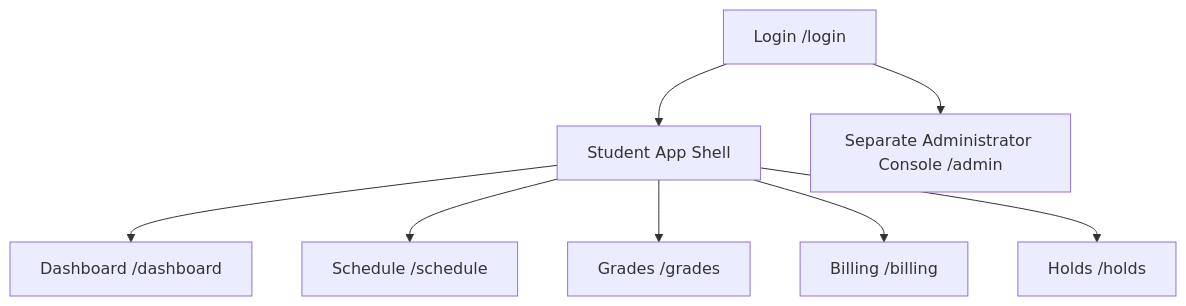
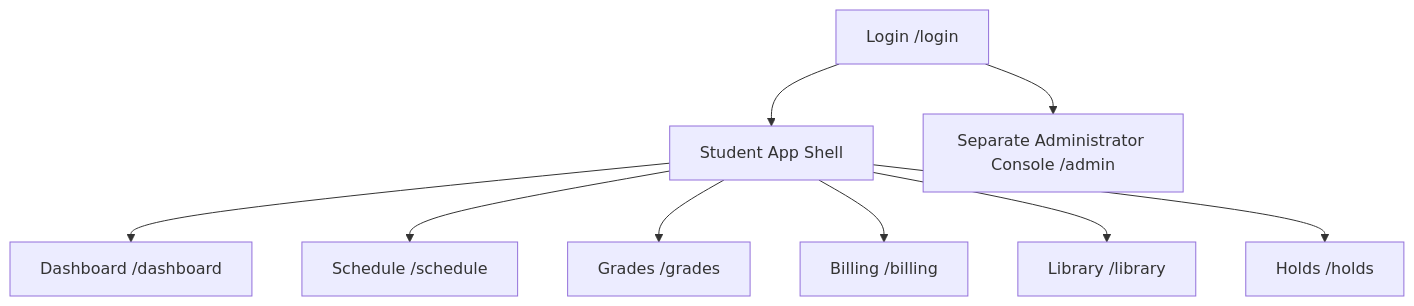
One commit to PhonsekalLaure/frighton-university-sis changed the diagram in docs/sis-page-architecture.md. Above: the diagram before and after it, drawn with Mermaid. The commit also changed other lines of this file, not shown here.

Commit message:
docs: add page architecture and blueprint documentation for Frighton University SIS

````diff
--- a/docs/sis-page-architecture.md
+++ b/docs/sis-page-architecture.md
@@ -15,10 +17,11 @@
 ```mermaid
 graph TD
     Auth["Login /login"] --> Shell["Student App Shell"]
     Shell --> Dashboard["Dashboard /dashboard"]
     Shell --> Schedule["Schedule /schedule"]
     Shell --> Grades["Grades /grades"]
     Shell --> Billing["Billing /billing"]
+    Shell --> Library["Library /library"]
     Shell --> Holds["Holds /holds"]
     Auth --> Admin["Separate Administrator Console /admin"]
 ```
````
